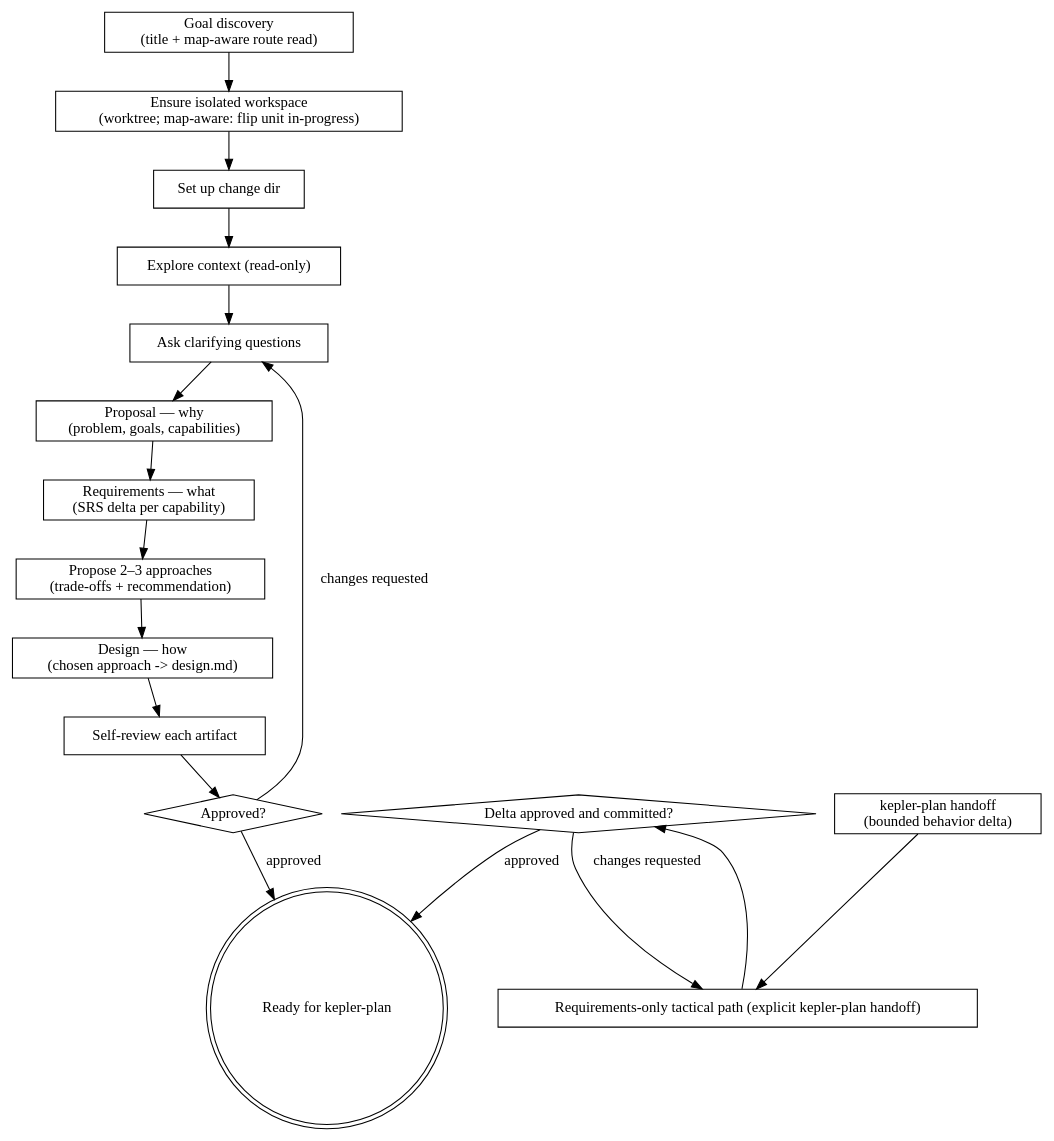
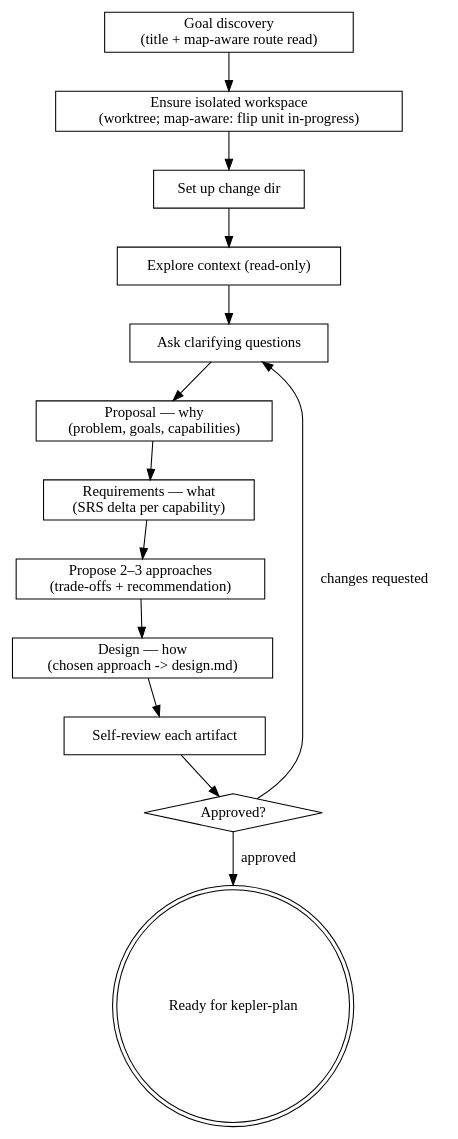
Before and after one commit to vialactea-works/kepler: the diagram in skills/kepler-propose/SKILL.md, drawn with Graphviz. The commit also changed other lines of this file and 2 other files, not shown here.

Commit message:
Tighten Kepler proposal and planning gates

````diff
--- a/skills/kepler-propose/SKILL.md
+++ b/skills/kepler-propose/SKILL.md
@@ -325,36 +260,29 @@
 ```dot
 digraph kepler_propose {
     "Goal discovery\n(title + map-aware route read)" [shape=box];
     "Ensure isolated workspace\n(worktree; map-aware: flip unit in-progress)" [shape=box];
     "Set up change dir" [shape=box];
     "Explore context (read-only)" [shape=box];
     "Ask clarifying questions" [shape=box];
     "Proposal — why\n(problem, goals, capabilities)" [shape=box];
     "Requirements — what\n(SRS delta per capability)" [shape=box];
     "Propose 2–3 approaches\n(trade-offs + recommendation)" [shape=box];
     "Design — how\n(chosen approach -> design.md)" [shape=box];
     "Self-review each artifact" [shape=box];
     "Approved?" [shape=diamond];
-    "kepler-plan handoff\n(bounded behavior delta)" [shape=box];
-    "Requirements-only tactical path (explicit kepler-plan handoff)" [shape=box];
-    "Delta approved and committed?" [shape=diamond];
     "Ready for kepler-plan" [shape=doublecircle];
 
     "Goal discovery\n(title + map-aware route read)" -> "Ensure isolated workspace\n(worktree; map-aware: flip unit in-progress)";
     "Ensure isolated workspace\n(worktree; map-aware: flip unit in-progress)" -> "Set up change dir";
     "Set up change dir" -> "Explore context (read-only)";
     "Explore context (read-only)" -> "Ask clarifying questions";
     "Ask clarifying questions" -> "Proposal — why\n(problem, goals, capabilities)";
     "Proposal — why\n(problem, goals, capabilities)" -> "Requirements — what\n(SRS delta per capability)";
     "Requirements — what\n(SRS delta per capability)" -> "Propose 2–3 approaches\n(trade-offs + recommendation)";
     "Propose 2–3 approaches\n(trade-offs + recommendation)" -> "Design — how\n(chosen approach -> design.md)";
     "Design — how\n(chosen approach -> design.md)" -> "Self-review each artifact";
     "Self-review each artifact" -> "Approved?";
     "Approved?" -> "Ask clarifying questions" [label="changes requested"];
     "Approved?" -> "Ready for kepler-plan" [label="approved"];
-    "kepler-plan handoff\n(bounded behavior delta)" -> "Requirements-only tactical path (explicit kepler-plan handoff)";
-    "Requirements-only tactical path (explicit kepler-plan handoff)" -> "Delta approved and committed?";
-    "Delta approved and committed?" -> "Requirements-only tactical path (explicit kepler-plan handoff)" [label="changes requested"];
-    "Delta approved and committed?" -> "Ready for kepler-plan" [label="approved"];
 }
 ```
````
